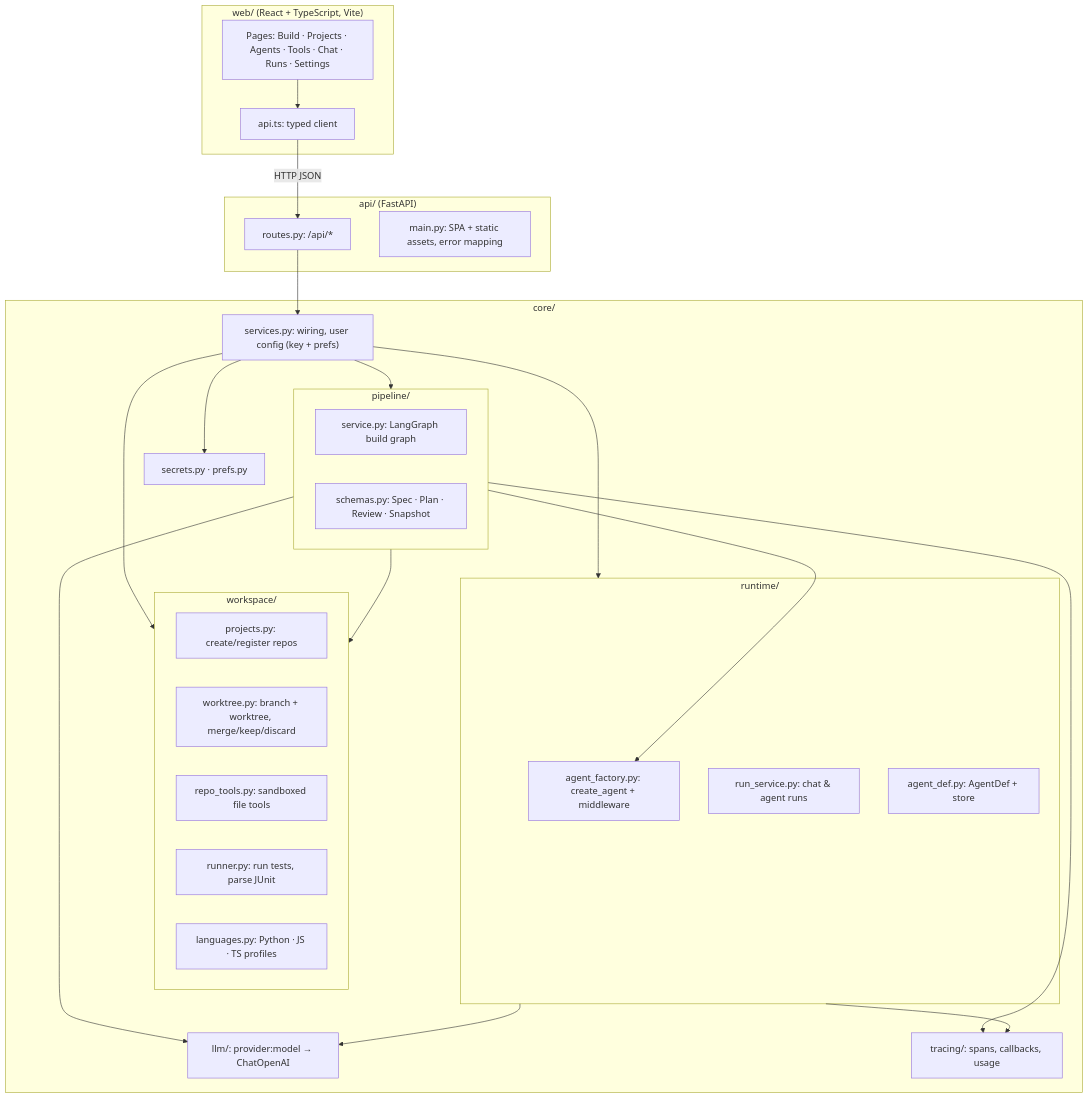
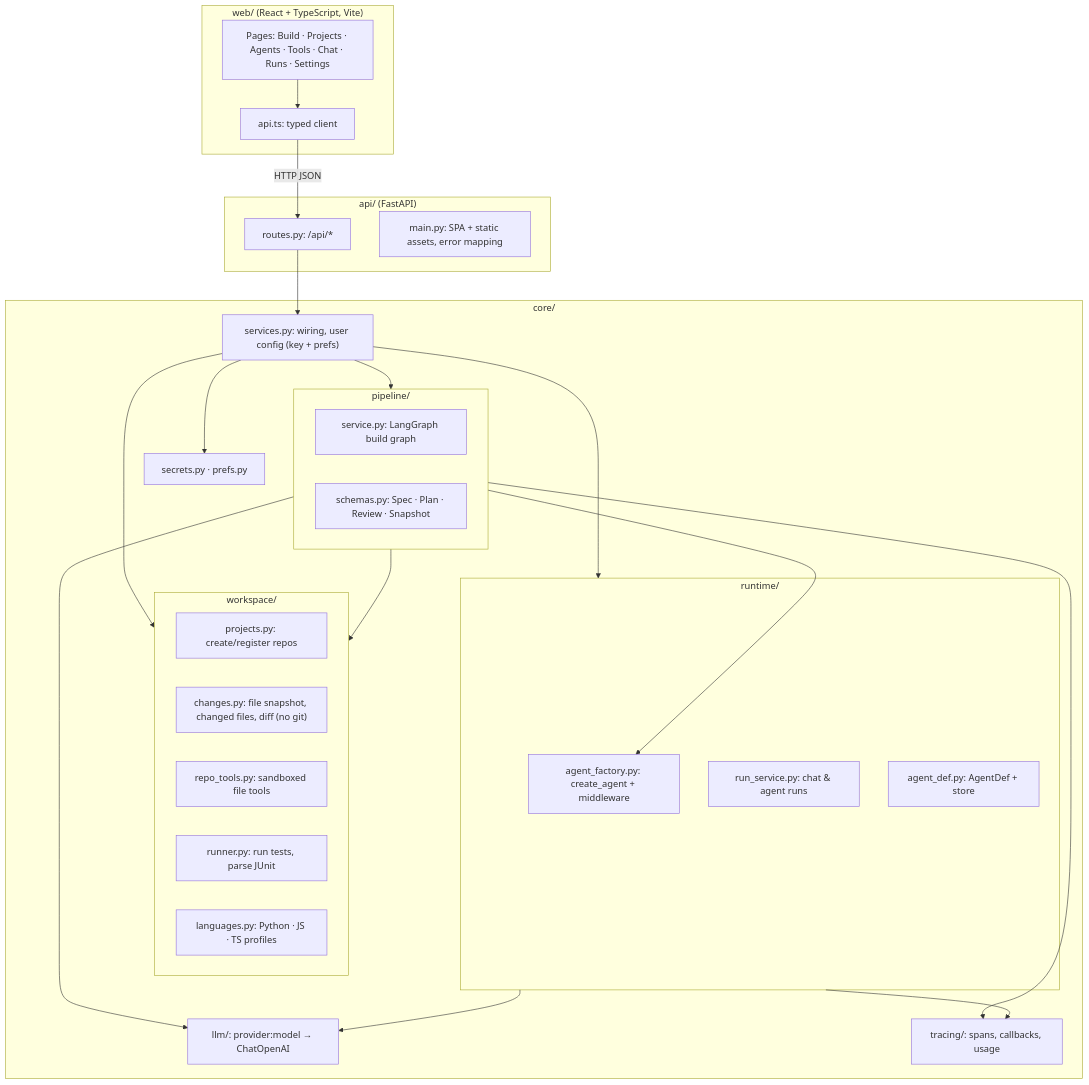
The second of 5 diagrams in docs/ARCHITECTURE.md (GurpiyarSingh/AgentOrchestration), drawn with Mermaid before and after one commit. The commit also changed other lines of this file and 64 other files, not shown here.

````diff
--- a/docs/ARCHITECTURE.md
+++ b/docs/ARCHITECTURE.md
@@ -53,39 +53,39 @@
 ```mermaid
 flowchart TB
     subgraph web["web/  (React + TypeScript, Vite)"]
         pages["Pages: Build · Projects · Agents · Tools · Chat · Runs · Settings"]
         client["api.ts: typed client"]
         pages --> client
     end
     subgraph apiPkg["api/  (FastAPI)"]
         routes["routes.py: /api/*"]
         spa["main.py: SPA + static assets, error mapping"]
     end
     subgraph core["core/"]
         services["services.py: wiring, user config (key + prefs)"]
         subgraph pipeline["pipeline/"]
             psvc["service.py: LangGraph build graph"]
             pschema["schemas.py: Spec · Plan · Review · Snapshot"]
         end
         subgraph workspace["workspace/"]
             projects["projects.py: create/register repos"]
-            worktree["worktree.py: branch + worktree, merge/keep/discard"]
+            worktree["changes.py: file snapshot, changed files, diff (no git)"]
             repotools["repo_tools.py: sandboxed file tools"]
             runner["runner.py: run tests, parse JUnit"]
             langs["languages.py: Python · JS · TS profiles"]
         end
         subgraph runtime["runtime/"]
             factory["agent_factory.py: create_agent + middleware"]
             runs["run_service.py: chat & agent runs"]
             agentdef["agent_def.py: AgentDef + store"]
         end
         llm["llm/: provider:model → ChatOpenAI"]
         tracing["tracing/: spans, callbacks, usage"]
         secrets["secrets.py · prefs.py"]
     end
     client -- HTTP JSON --> routes
     routes --> services
     services --> pipeline & runtime & workspace & secrets
     pipeline --> factory & workspace & tracing & llm
     runtime --> llm & tracing
 ```
````
